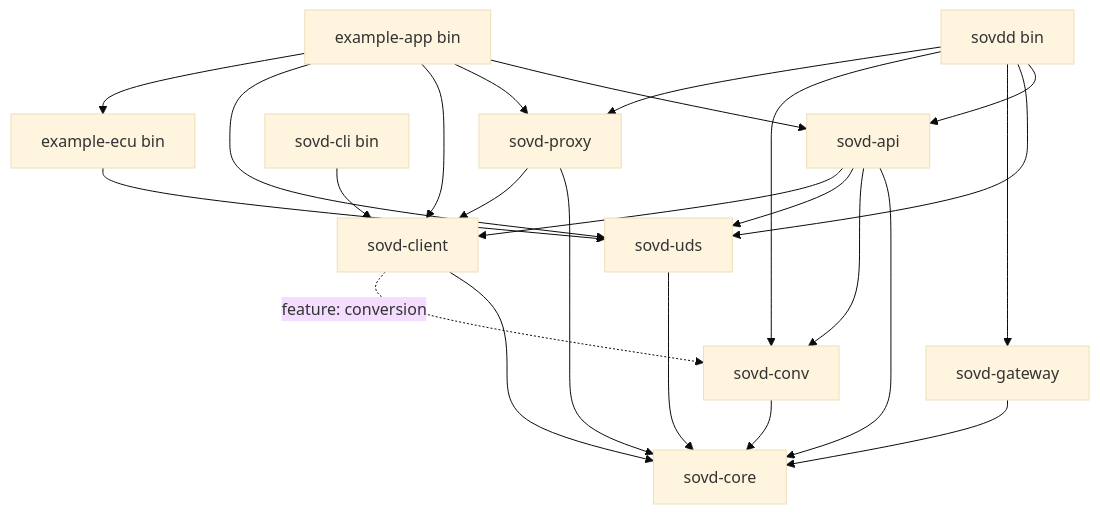
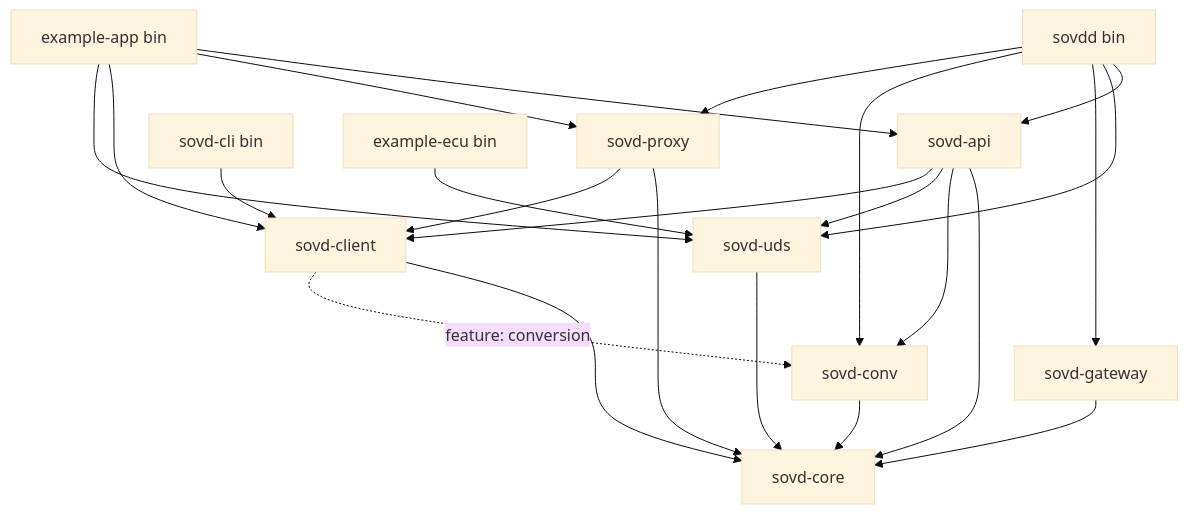
One commit to sdv-playground/SOVDd changed the first of 8 diagrams in ARCHITECTURE.md. Above: the diagram before and after it, drawn with Mermaid (base theme). The commit also changed other lines of this file and 17 other files, not shown here.

````diff
--- a/ARCHITECTURE.md
+++ b/ARCHITECTURE.md
@@ -88,27 +88,26 @@
 ```mermaid
 graph TD
     core[sovd-core]
     conv[sovd-conv] --> core
     uds[sovd-uds] --> core
     gw[sovd-gateway] --> core
     client[sovd-client] --> core
     client -. "feature: conversion" .-> conv
     proxy[sovd-proxy] --> core
     proxy --> client
     api[sovd-api] --> core
     api --> conv
     api --> uds
     api --> client
     sovdd[sovdd bin] --> api
     sovdd --> uds
     sovdd --> gw
     sovdd --> conv
     sovdd --> proxy
     cli[sovd-cli bin] --> client
     eecu[example-ecu bin] --> uds
     eapp[example-app bin] --> api
     eapp --> proxy
     eapp --> client
     eapp --> uds
-    eapp --> eecu
 ```
````
